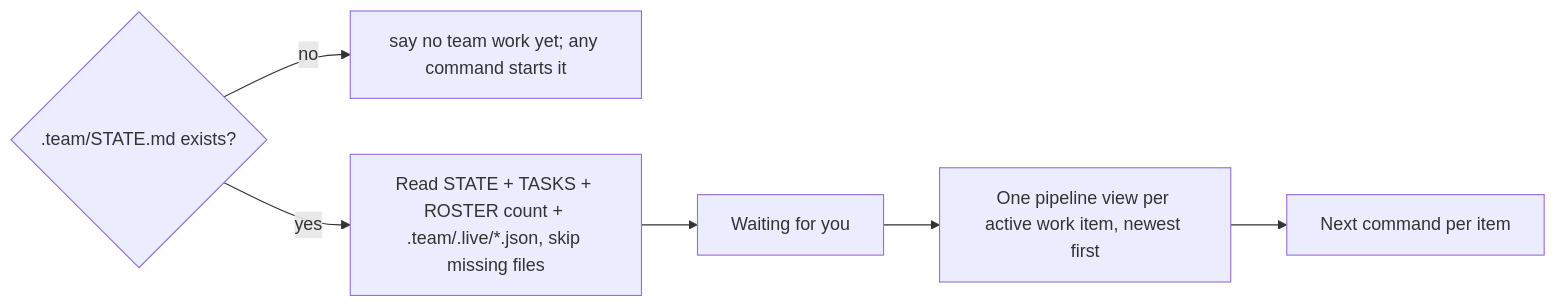
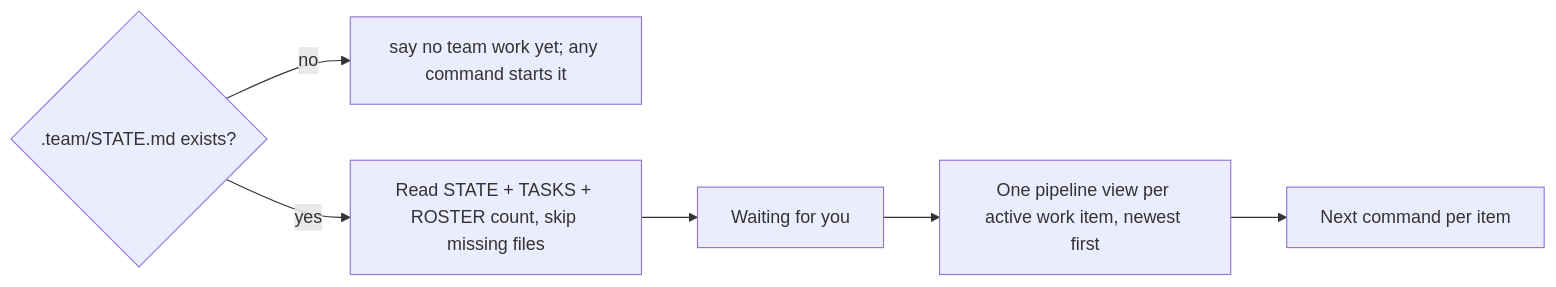
The diagram in commands/status.md (Tuan-Quyen/technical-teams), drawn with Mermaid before and after one commit. The commit also changed other lines of this file and 48 other files, not shown here.

First line of the commit message:
Remove hooks; team-* agents with one owner per area and per-agent project skills

````diff
--- a/commands/status.md
+++ b/commands/status.md
@@ -9,5 +9,5 @@
 ```mermaid
 flowchart LR
   A{.team/STATE.md exists?} -- no --> B[say no team work yet; any command starts it]
-  A -- yes --> C[Read STATE + TASKS + ROSTER count + .team/.live/*.json, skip missing files] --> D[Waiting for you] --> E[One pipeline view per active work item, newest first] --> F[Next command per item]
+  A -- yes --> C[Read STATE + TASKS + ROSTER count, skip missing files] --> D[Waiting for you] --> E[One pipeline view per active work item, newest first] --> F[Next command per item]
 ```
````
